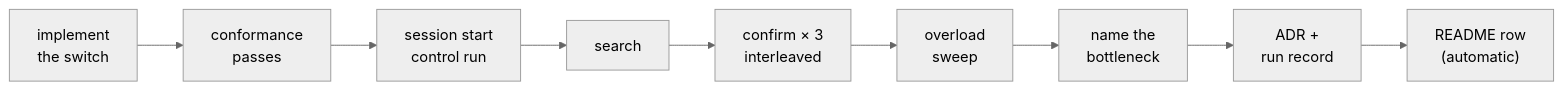
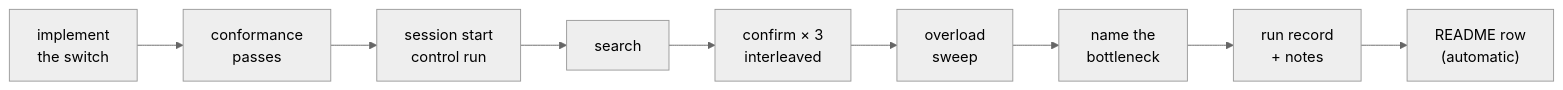
One commit to adssib/StressLab changed the second of 2 diagrams in docs/ROADMAP.md. Above: the diagram before and after it, drawn with Mermaid (neutral theme). The commit also changed other lines of this file and 5 other files, not shown here.

````diff
--- a/docs/ROADMAP.md
+++ b/docs/ROADMAP.md
@@ -95,11 +94,11 @@
 ```mermaid
 flowchart LR
   A["implement<br/>the switch"] --> B["conformance<br/>passes"]
   B --> C["session start<br/>control run"]
   C --> D["search"]
   D --> E["confirm × 3<br/>interleaved"]
   E --> F["overload<br/>sweep"]
   F --> G["name the<br/>bottleneck"]
-  G --> H["ADR +<br/>run record"]
+  G --> H["run record<br/>+ notes"]
   H --> I["README row<br/>(automatic)"]
 ```
````
